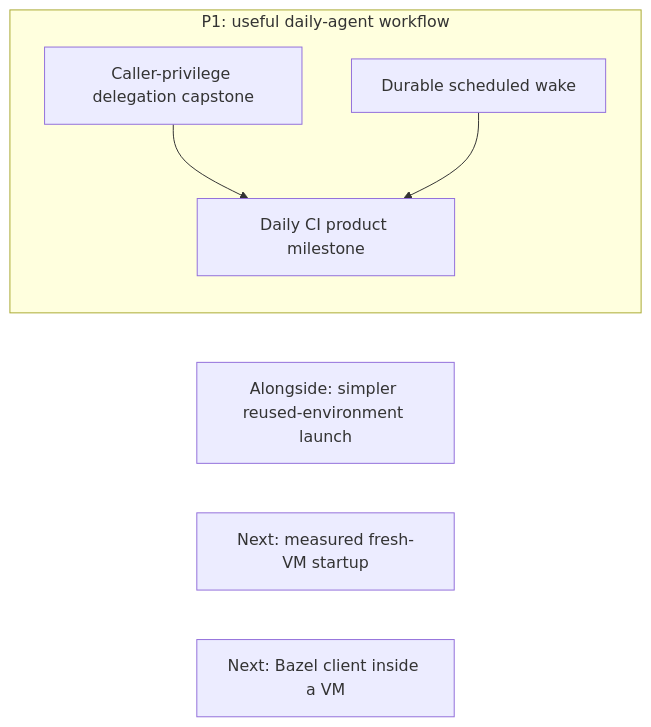
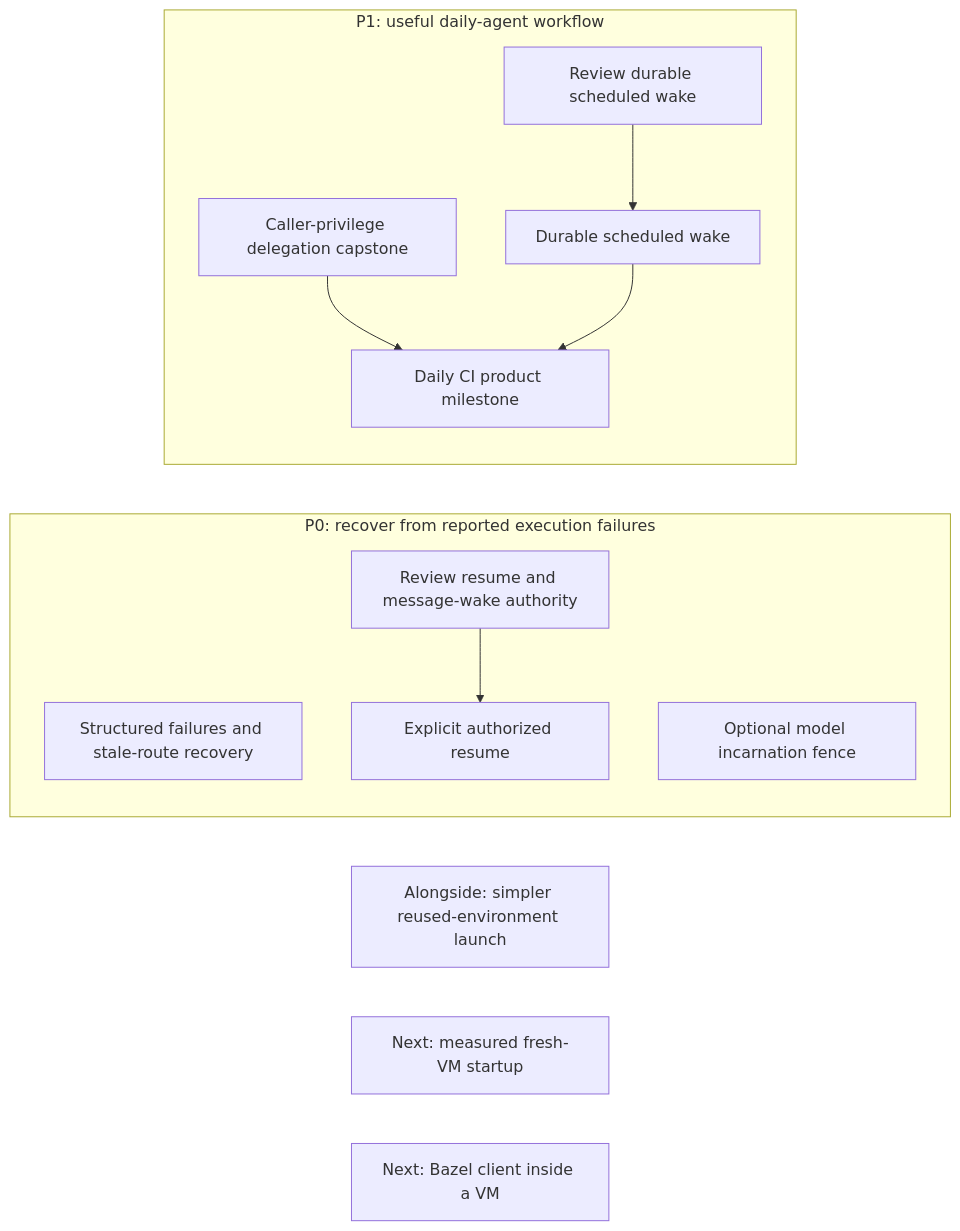
Before and after one commit to agentydragon/ducktape: the first of 18 diagrams in agentplane/plans/task_dag.md, drawn with Mermaid. The commit also changed other lines of this file and 3 other files, not shown here.

Commit message:
agentplane: schedule execution recovery and burn down completed work

````diff
--- a/agentplane/plans/task_dag.md
+++ b/agentplane/plans/task_dag.md
@@ -149,11 +178,18 @@
 ```mermaid
 flowchart LR
+    subgraph PRIORITY_ZERO[P0: recover from reported execution failures]
+        EXEC_ENVIRONMENT_RECOVERY[Structured failures and stale-route recovery]
+        EXEC_INCARNATION_FENCING[Optional model incarnation fence]
+        SANDBOX_LIFECYCLE_AUTHORIZATION_DESIGN[Review resume and message-wake authority]
+        SANDBOX_LIFECYCLE_AUTHORIZATION_DESIGN --> EXEC_SUSPENDED_RESUME[Explicit authorized resume]
+    end
     subgraph PRIORITY_ONE[P1: useful daily-agent workflow]
         THREAD_CREATE_AUTHORIZATION[Caller-privilege delegation capstone]
         THREAD_CREATE_AUTHORIZATION --> DAILY_CI_AGENT[Daily CI product milestone]
+        SCHEDULED_AGENT_WAKE_DESIGN[Review durable scheduled wake] --> SCHEDULED_AGENT_WAKE
         SCHEDULED_AGENT_WAKE[Durable scheduled wake] --> DAILY_CI_AGENT
     end
     SESSION_LAUNCH_FRICTION[Alongside: simpler reused-environment launch]
     VM_STARTUP_LATENCY[Next: measured fresh-VM startup]
     LOCAL_BAZEL[Next: Bazel client inside a VM]
 ```
````
